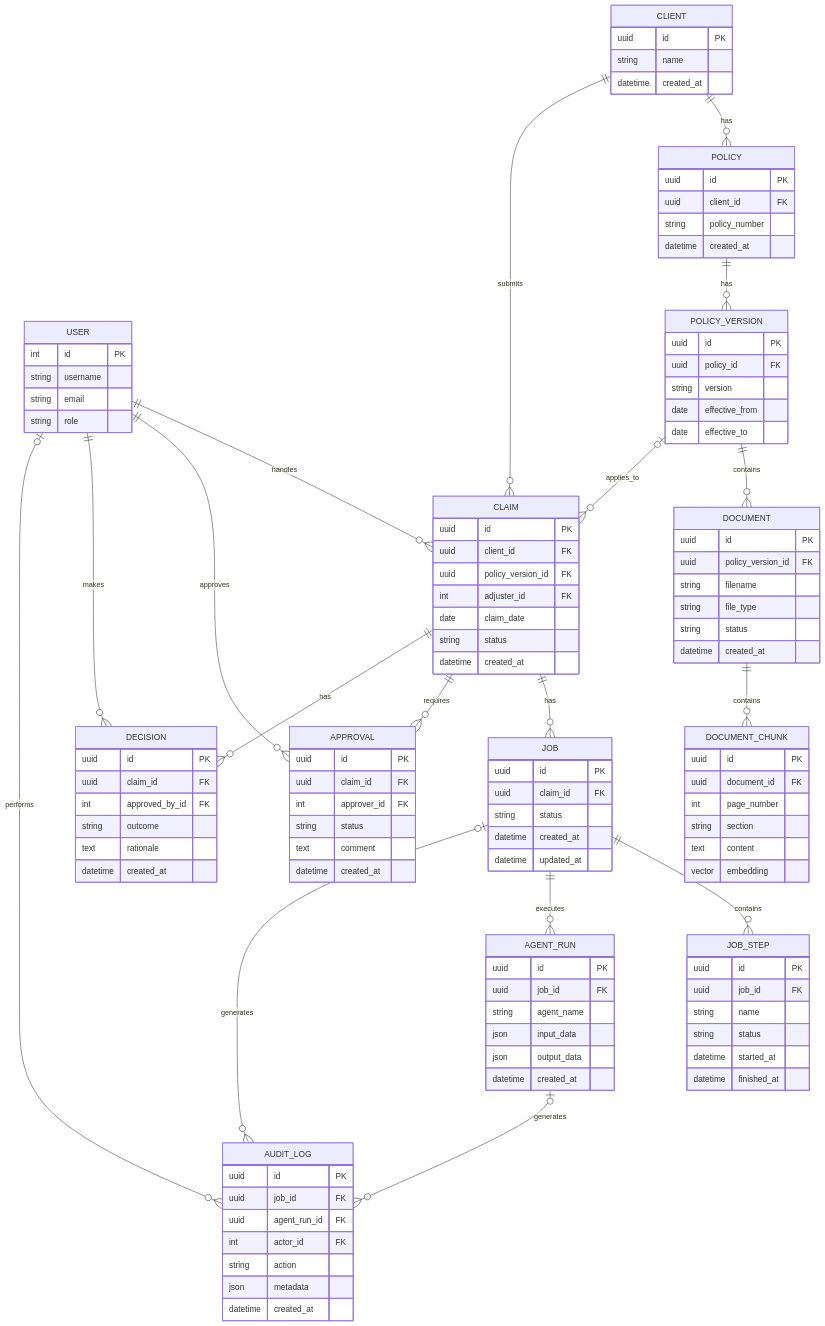
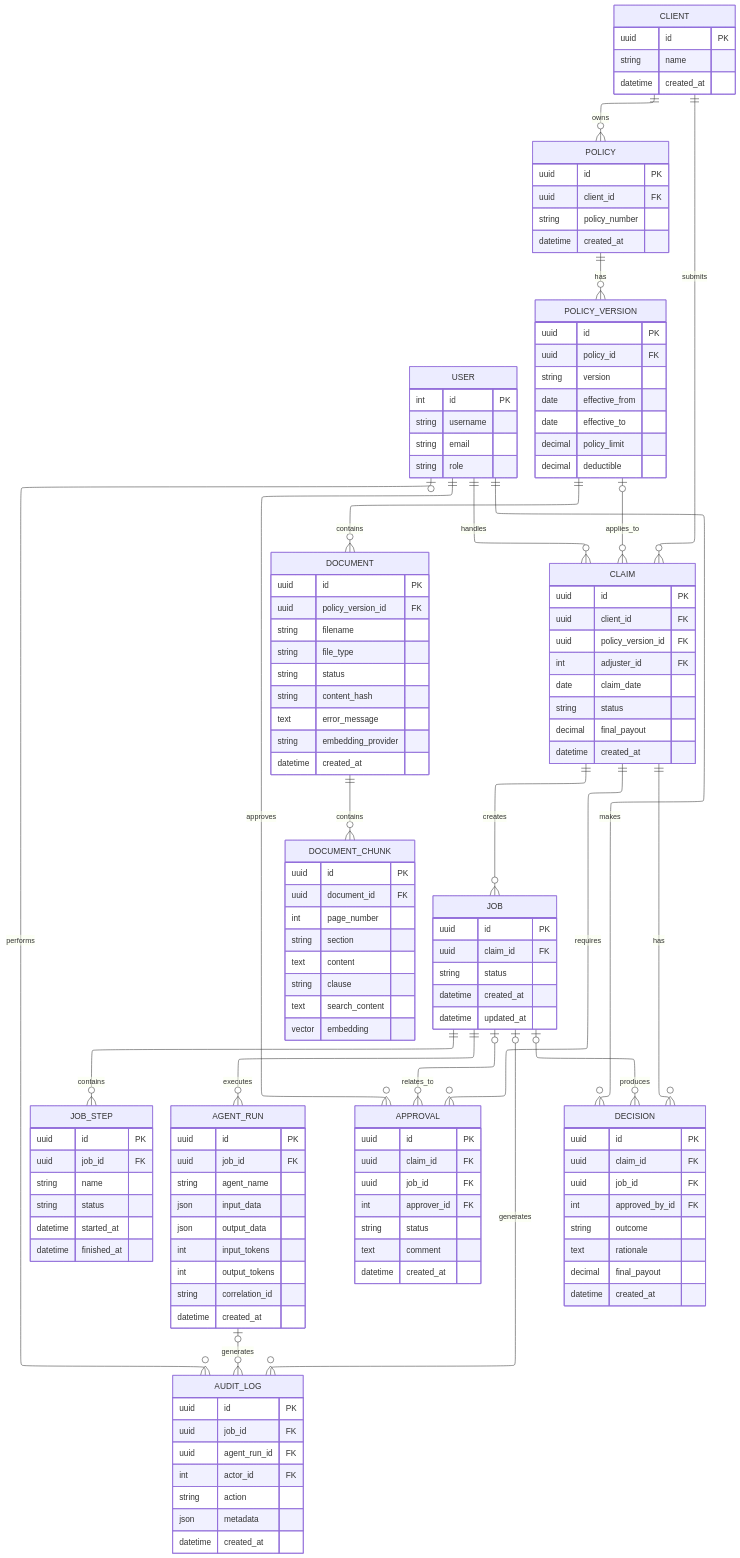
One commit to HamsEldakrory/Domain-copilot changed the diagram in docs/diagrams/er-diagram.mmd. Above: the diagram before and after it, drawn with Mermaid.

Commit message:
docs: enhance ER diagram with additional attributes and relationships

```diff
--- a/docs/diagrams/er-diagram.mmd
+++ b/docs/diagrams/er-diagram.mmd
@@ -1,135 +1,153 @@
+---
+config:
+  layout: elk
+---
 erDiagram
 
     USER {
         int id PK
         string username
         string email
         string role
     }
-
     CLIENT {
         uuid id PK
         string name
         datetime created_at
     }
 
     POLICY {
         uuid id PK
         uuid client_id FK
         string policy_number
         datetime created_at
     }
 
     POLICY_VERSION {
         uuid id PK
         uuid policy_id FK
         string version
         date effective_from
         date effective_to
+        decimal policy_limit
+        decimal deductible
     }
 
     DOCUMENT {
         uuid id PK
         uuid policy_version_id FK
         string filename
         string file_type
         string status
+        string content_hash
+        text error_message
+        string embedding_provider
         datetime created_at
     }
 
     DOCUMENT_CHUNK {
         uuid id PK
         uuid document_id FK
         int page_number
         string section
         text content
+        string clause
+        text search_content
         vector embedding
     }
 
     CLAIM {
         uuid id PK
         uuid client_id FK
         uuid policy_version_id FK
         int adjuster_id FK
         date claim_date
         string status
+        decimal final_payout
         datetime created_at
     }
 
     JOB {
         uuid id PK
         uuid claim_id FK
         string status
         datetime created_at
         datetime updated_at
     }
 
     JOB_STEP {
         uuid id PK
         uuid job_id FK
         string name
         string status
         datetime started_at
         datetime finished_at
     }
 
     AGENT_RUN {
         uuid id PK
         uuid job_id FK
         string agent_name
         json input_data
         json output_data
+        int input_tokens
+        int output_tokens
+        string correlation_id
         datetime created_at
     }
 
     APPROVAL {
         uuid id PK
         uuid claim_id FK
+        uuid job_id FK
         int approver_id FK
         string status
         text comment
         datetime created_at
     }
 
     DECISION {
         uuid id PK
         uuid claim_id FK
+        uuid job_id FK
         int approved_by_id FK
         string outcome
         text rationale
+        decimal final_payout
         datetime created_at
     }
 
     AUDIT_LOG {
         uuid id PK
         uuid job_id FK
         uuid agent_run_id FK
         int actor_id FK
         string action
         json metadata
         datetime created_at
     }
 
-
-    CLIENT ||--o{ POLICY : has
+    CLIENT ||--o{ POLICY : owns
     POLICY ||--o{ POLICY_VERSION : has
     POLICY_VERSION ||--o{ DOCUMENT : contains
     DOCUMENT ||--o{ DOCUMENT_CHUNK : contains
 
     CLIENT ||--o{ CLAIM : submits
     POLICY_VERSION o|--o{ CLAIM : applies_to
     USER ||--o{ CLAIM : handles
 
-    CLAIM ||--o{ JOB : has
+    CLAIM ||--o{ JOB : creates
     JOB ||--o{ JOB_STEP : contains
     JOB ||--o{ AGENT_RUN : executes
 
     CLAIM ||--o{ APPROVAL : requires
+    JOB o|--o{ APPROVAL : relates_to
     USER ||--o{ APPROVAL : approves
 
     CLAIM ||--o{ DECISION : has
+    JOB o|--o{ DECISION : produces
     USER ||--o{ DECISION : makes
 
     JOB o|--o{ AUDIT_LOG : generates
     AGENT_RUN o|--o{ AUDIT_LOG : generates
     USER o|--o{ AUDIT_LOG : performs
```
